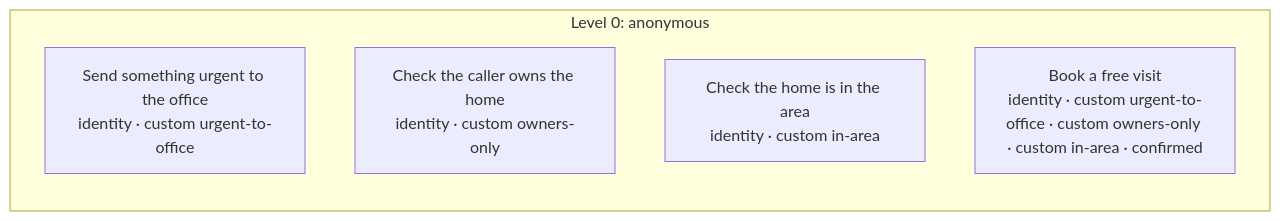
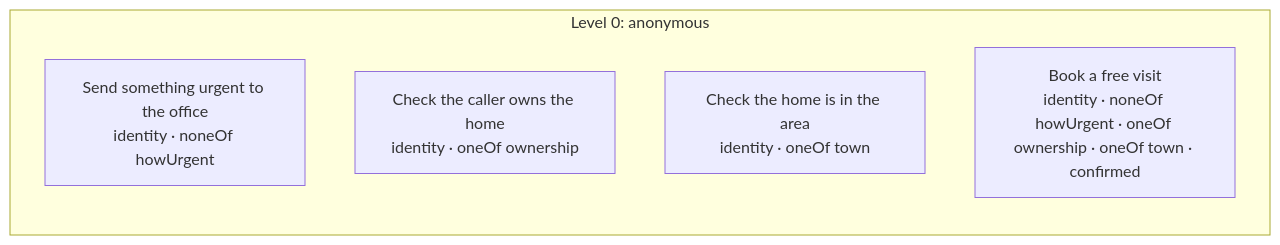
One commit to DialogWright/dialogwright changed the second of 2 diagrams in packages/dialogwright/src/testing/screened/POLICY.md. Above: the diagram before and after it, drawn with Mermaid. The commit also changed other lines of this file and 36 other files, not shown here.

First line of the commit message:
Policy: built-in oneOf and noneOf rules

````diff
--- a/packages/dialogwright/src/testing/screened/POLICY.md
+++ b/packages/dialogwright/src/testing/screened/POLICY.md
@@ -60,9 +60,9 @@
 ```mermaid
 flowchart LR
   subgraph lv0["Level 0: anonymous"]
-    a_checkUrgency["Send something urgent to the office<br/>identity · custom urgent-to-office"]
-    a_checkOwner["Check the caller owns the home<br/>identity · custom owners-only"]
-    a_checkArea["Check the home is in the area<br/>identity · custom in-area"]
-    a_bookVisit["Book a free visit<br/>identity · custom urgent-to-office · custom owners-only · custom in-area · confirmed"]
+    a_checkUrgency["Send something urgent to the office<br/>identity · noneOf howUrgent"]
+    a_checkOwner["Check the caller owns the home<br/>identity · oneOf ownership"]
+    a_checkArea["Check the home is in the area<br/>identity · oneOf town"]
+    a_bookVisit["Book a free visit<br/>identity · noneOf howUrgent · oneOf ownership · oneOf town · confirmed"]
   end
 ```
````
